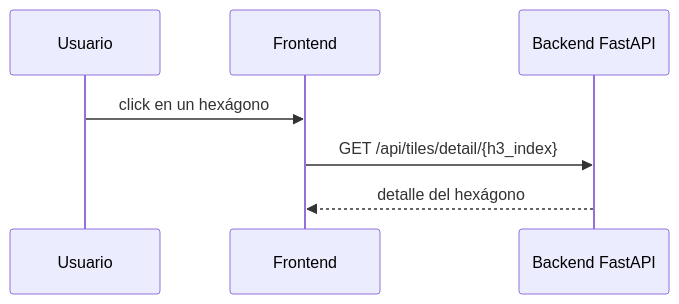
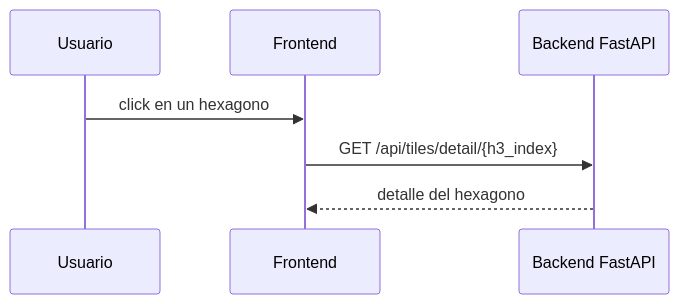
The fourth of 5 diagrams in docs/architecture/diagrama-de-integracion-y-uso.md (DimensionSwVento/AppVento), drawn with Mermaid before and after one commit. The commit also changed other lines of this file, not shown here.

Commit message:
Update integration document with a simplified Mermaid-safe version

````diff
--- a/docs/architecture/diagrama-de-integracion-y-uso.md
+++ b/docs/architecture/diagrama-de-integracion-y-uso.md
@@ -124,10 +124,10 @@
 ```mermaid
 sequenceDiagram
     participant U as Usuario
     participant F as Frontend
     participant B as Backend FastAPI
 
-    U->>F: click en un hexágono
+    U->>F: click en un hexagono
     F->>B: GET /api/tiles/detail/{h3_index}
-    B-->>F: detalle del hexágono
+    B-->>F: detalle del hexagono
 ```
````
